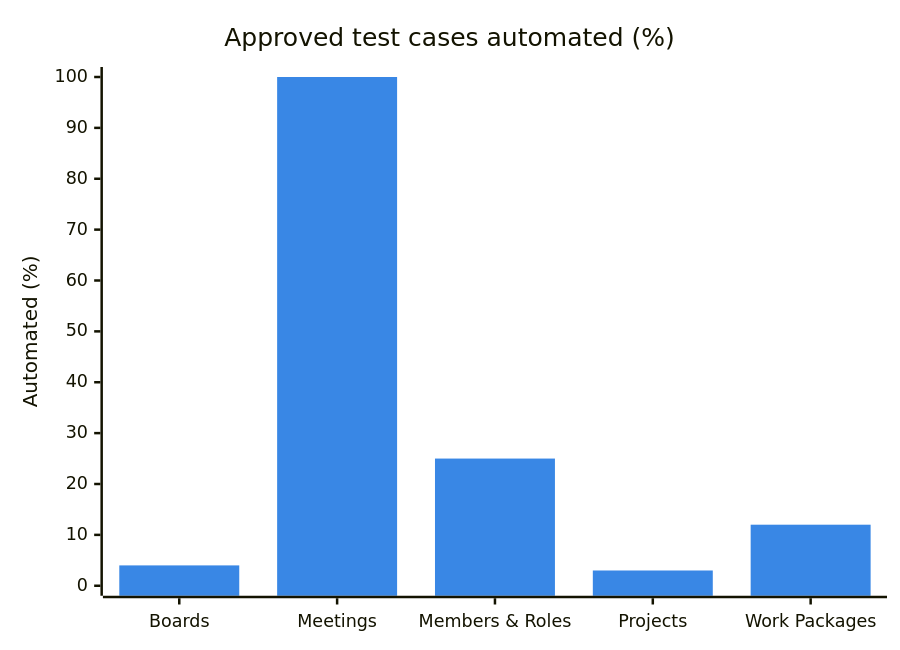
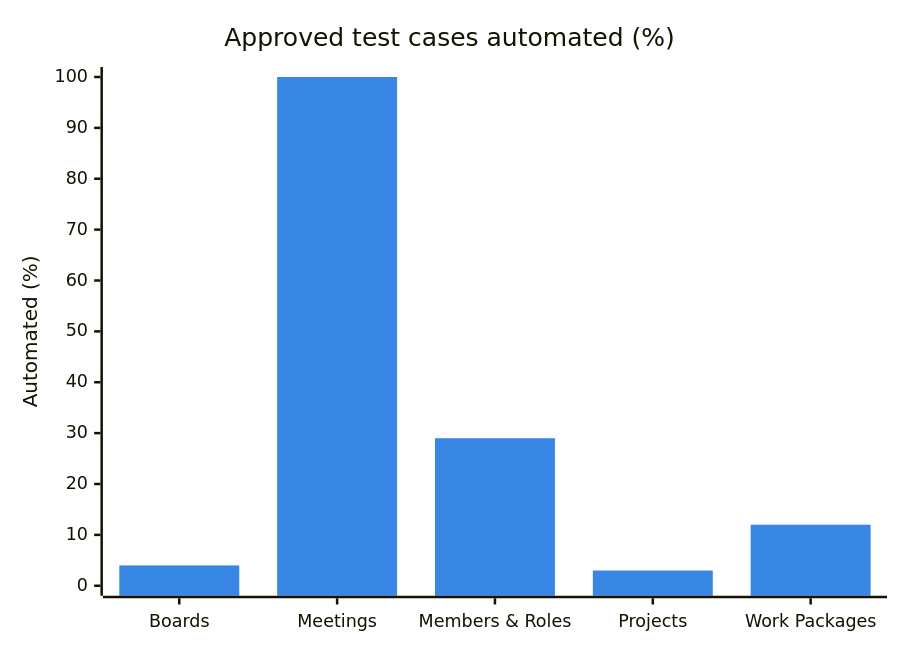
One commit to Top-Q/playwright-typescript changed the first of 4 diagrams in specs/product/vault/Dashboard.md. Above: the diagram before and after it, drawn with Mermaid. The commit also changed other lines of this file and 6 other files, not shown here.

````diff
--- a/specs/product/vault/Dashboard.md
+++ b/specs/product/vault/Dashboard.md
@@ -23,8 +23,8 @@
 ```mermaid
 %%{init: {"themeVariables":{"xyChart":{"plotColorPalette":"#3987e5"}}}}%%
 xychart-beta
     title "Approved test cases automated (%)"
     x-axis ["Boards", "Meetings", "Members & Roles", "Projects", "Work Packages"]
     y-axis "Automated (%)" 0 --> 100
-    bar [4, 100, 25, 3, 12]
+    bar [4, 100, 29, 3, 12]
 ```
````
